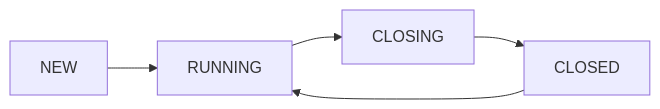
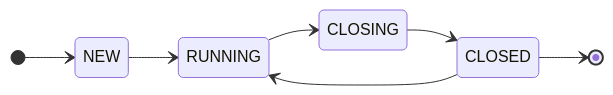
The second of 5 diagrams in README.md (eloylp/goomerang), drawn with Mermaid before and after one commit. The commit also changed other lines of this file and 2 other files, not shown here.

````diff
--- a/README.md
+++ b/README.md
@@ -36,5 +41,10 @@
 ```mermaid
-graph LR;
-NEW-->RUNNING-->CLOSING-->CLOSED;
-CLOSED-->RUNNING;
+stateDiagram-v2
+direction LR
+[*] --> NEW
+NEW --> RUNNING
+RUNNING --> CLOSING
+CLOSING --> CLOSED
+CLOSED --> RUNNING
+CLOSED --> [*]
 ```
````
